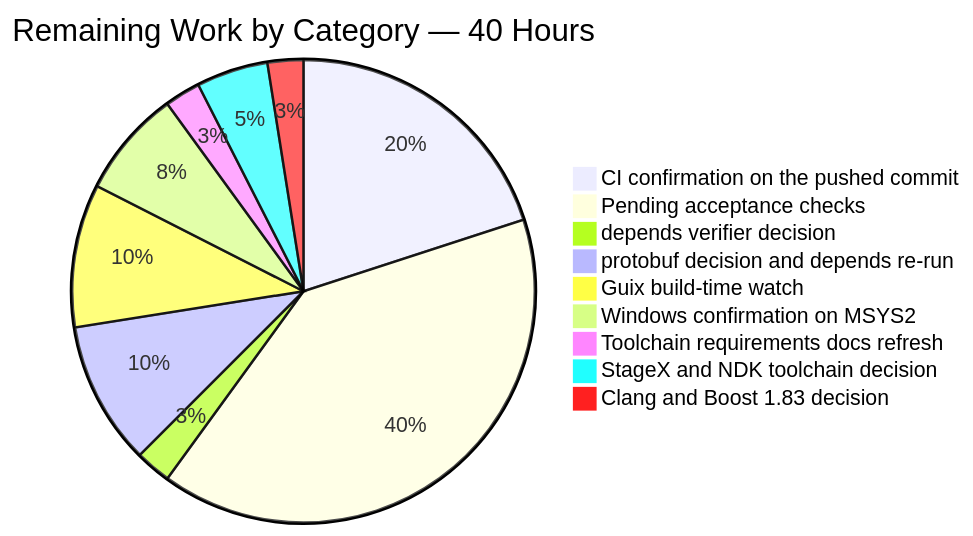
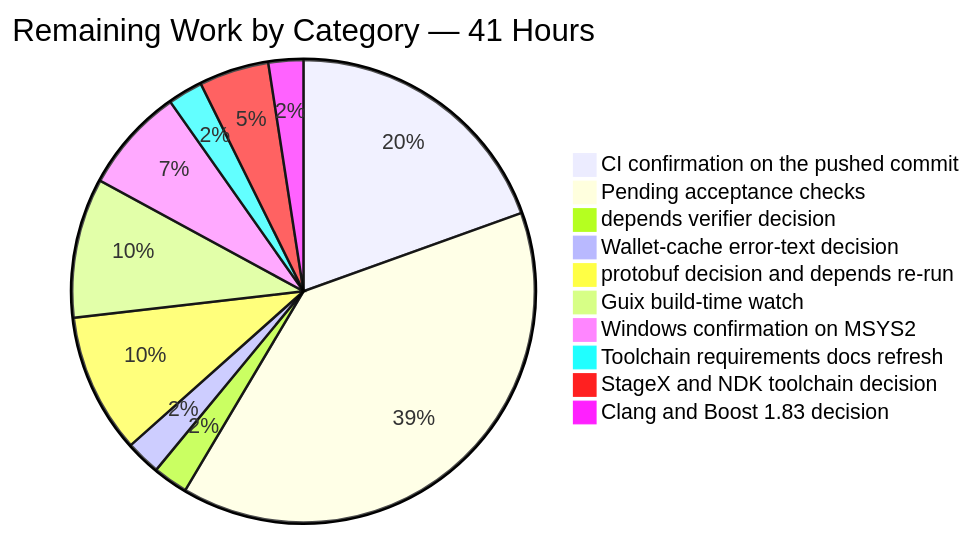
The third of 4 diagrams in blitzy/documentation/Project Guide.md (Tzadiko/monero), drawn with Mermaid before and after one commit. The commit also changed other lines of this file, not shown here.

````diff
--- a/blitzy/documentation/Project Guide.md
+++ b/blitzy/documentation/Project Guide.md
@@ -1681,12 +1699,13 @@
 ```mermaid
-pie title Remaining Work by Category — 40 Hours
+pie title Remaining Work by Category — 41 Hours
     "CI confirmation on the pushed commit" : 8
     "Pending acceptance checks" : 16
     "depends verifier decision" : 1
+    "Wallet-cache error-text decision" : 1
     "protobuf decision and depends re-run" : 4
     "Guix build-time watch" : 4
     "Windows confirmation on MSYS2" : 3
     "Toolchain requirements docs refresh" : 1
     "StageX and NDK toolchain decision" : 2
     "Clang and Boost 1.83 decision" : 1
 ```
````
